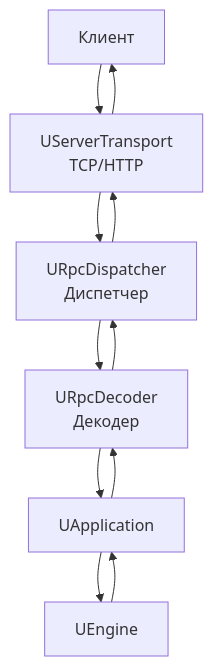
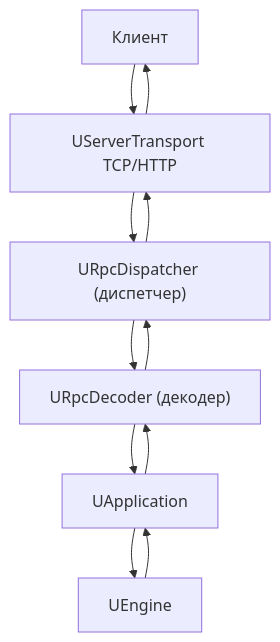
Before and after one commit to aicommunity/Rdk: the second of 2 diagrams in Docs/Diagrams/RPC-Flow.md, drawn with Mermaid. The commit also changed other lines of this file and 8 other files, not shown here.

````diff
--- a/Docs/Diagrams/RPC-Flow.md
+++ b/Docs/Diagrams/RPC-Flow.md
@@ -39,20 +39,20 @@
 ```mermaid
 flowchart TB
-    Client[Клиент]
-    Transport[UServerTransport<br/>TCP/HTTP]
-    Dispatcher[URpcDispatcher<br/>Диспетчер]
-    Decoder[URpcDecoder<br/>Декодер]
-    App[UApplication]
-    Engine[UEngine]
+    clientNode["Клиент"]
+    transportNode["UServerTransport TCP/HTTP"]
+    dispatcherNode["URpcDispatcher (диспетчер)"]
+    decoderNode["URpcDecoder (декодер)"]
+    appNode["UApplication"]
+    engineNode["UEngine"]
     
-    Client --> Transport
-    Transport --> Dispatcher
-    Dispatcher --> Decoder
-    Decoder --> App
-    App --> Engine
-    Engine --> App
-    App --> Decoder
-    Decoder --> Dispatcher
-    Dispatcher --> Transport
-    Transport --> Client
+    clientNode --> transportNode
+    transportNode --> dispatcherNode
+    dispatcherNode --> decoderNode
+    decoderNode --> appNode
+    appNode --> engineNode
+    engineNode --> appNode
+    appNode --> decoderNode
+    decoderNode --> dispatcherNode
+    dispatcherNode --> transportNode
+    transportNode --> clientNode
 ```
````
